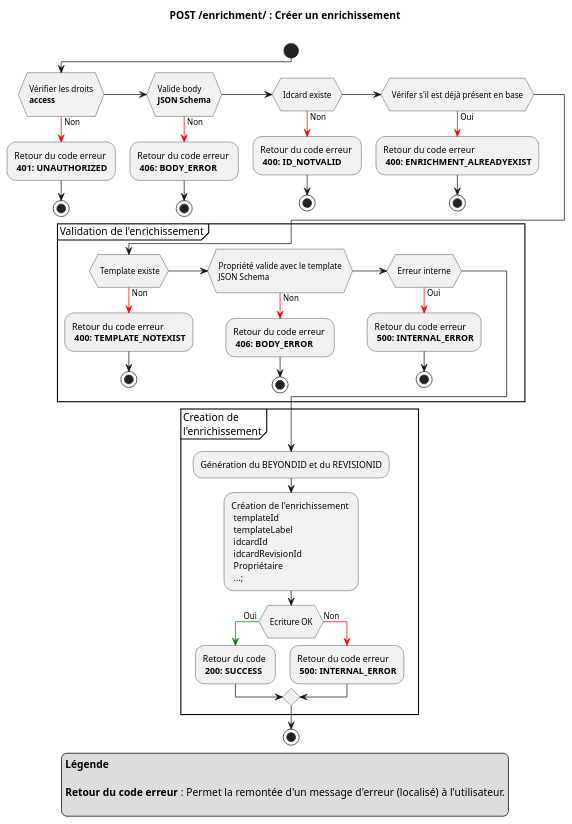
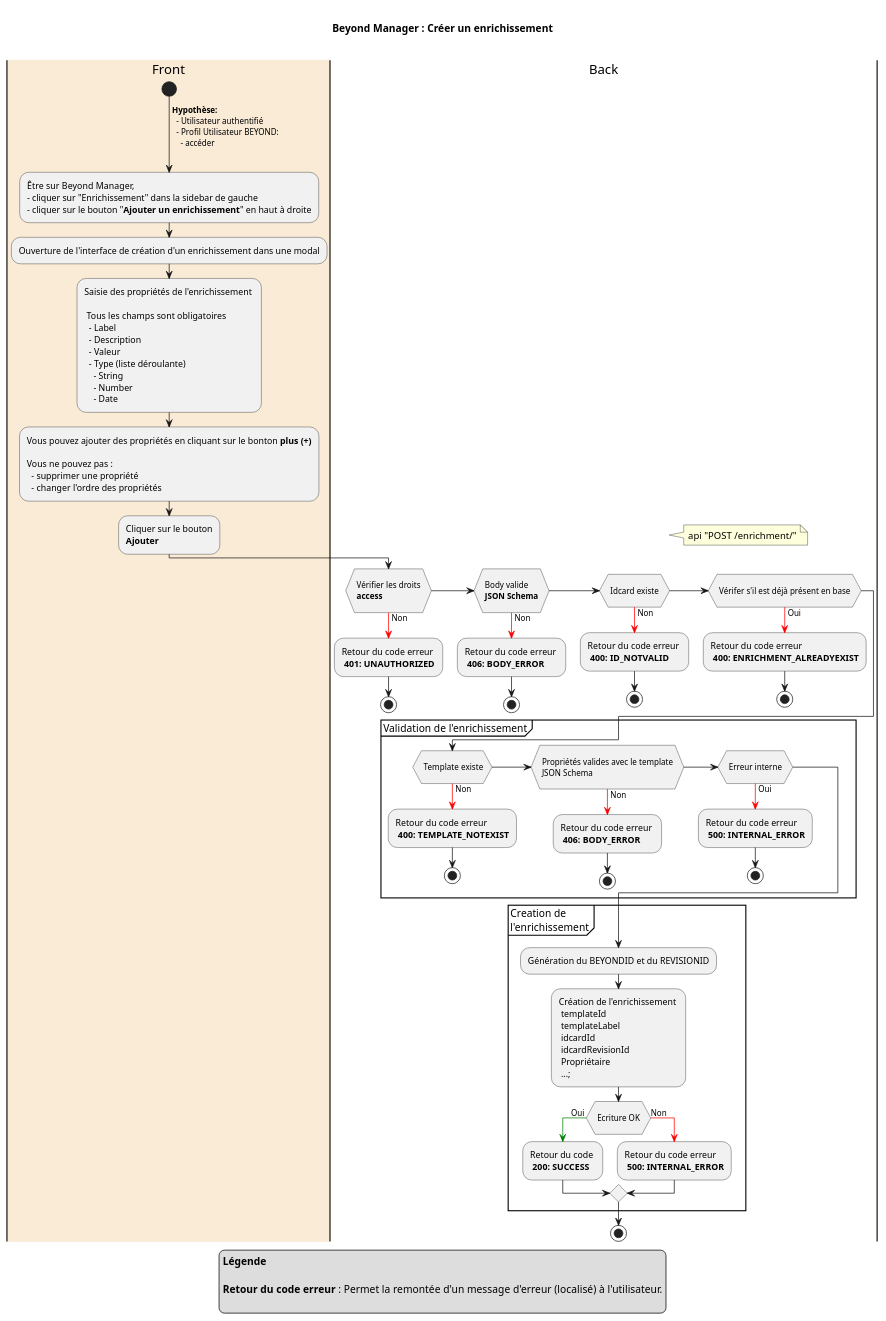
The diagram in 01.byd-DataFactory/1.ArchitectureDossier/images/enrichment_create.puml (cogirep/documentation), drawn with PlantUML before and after one commit. The commit also changed 22 other files, not shown here.

Commit message:
doc: activity diagram idcard and enrichment

```diff
--- a/01.byd-DataFactory/1.ArchitectureDossier/images/enrichment_create.puml
+++ b/01.byd-DataFactory/1.ArchitectureDossier/images/enrichment_create.puml
@@ -1,68 +1,82 @@
-@startuml
+@startuml enrichment_create
 
 title
-POST **/enrichment/** : Créer un enrichissement
+
+Beyond Manager : Créer un enrichissement
 
 end title
 
+|#AntiqueWhite| Front |
 start
+->  **Hypothèse:** \n  - Utilisateur authentifié \n  - Profil Utilisateur BEYOND:  \n    - accéder \n;
+
+-Être sur Beyond Manager, \n- cliquer sur "Enrichissement" dans la sidebar de gauche\n- cliquer sur le bouton "**Ajouter un enrichissement**" en haut à droite
+-Ouverture de l'interface de création d'un enrichissement dans une modal
+-Saisie des propriétés de l'enrichissement \n \n Tous les champs sont obligatoires\n  - Label\n  - Description\n  - Valeur\n  - Type (liste déroulante)\n    - String\n    - Number\n    - Date
+-Vous pouvez ajouter des propriétés en cliquant sur le bonton **plus (+)**\n \nVous ne pouvez pas : \n  - supprimer une propriété\n  - changer l'ordre des propriétés
+-Cliquer sur le bouton\n**Ajouter**
+
+| Back |
+note right
+  api "POST /enrichment/"
+end note
 if ( \n Vérifier les droits \n **access** \n)
 -[#red]-> Non ;
 -Retour du code erreur \n **401: UNAUTHORIZED**
 stop
 
-elseif ( \n Valide body \n **JSON Schema** \n )
+elseif ( \n Body valide \n **JSON Schema** \n )
 -[#red]-> Non ;
 -Retour du code erreur \n **406: BODY_ERROR**
 stop
 
 elseif ( \n Idcard existe \n )
 -[#red]-> Non ;
 -Retour du code erreur \n **400: ID_NOTVALID**
 stop
 
 elseif ( \n Vérifer s'il est déjà présent en base \n )
 -[#red]-> Oui ;
 -Retour du code erreur \n **400: ENRICHMENT_ALREADYEXIST**
 stop
 endif
 
 partition "Validation de l'enrichissement" {
     if ( \n Template existe\n )
     -[#red]-> Non ;
     -Retour du code erreur \n **400: TEMPLATE_NOTEXIST**
     stop
 
-    elseif ( \n Propriété valide avec le template \n JSON Schema \n )
+    elseif ( \n Propriétés valides avec le template \n JSON Schema \n )
     -[#red]-> Non ;
     -Retour du code erreur \n **406: BODY_ERROR**
     stop
 
     elseif ( \n Erreur interne \n )
     -[#red]-> Oui ;
     -Retour du code erreur \n **500: INTERNAL_ERROR**
     stop
     endif
 }
 
 partition "Creation de \nl'enrichissement" {
     -Génération du BEYONDID et du REVISIONID
     -Création de l'enrichissement \n templateId \n templateLabel \n idcardId \n idcardRevisionId \n Propriétaire \n ...;
     if ( \n Ecriture OK \n )
     -[#green]-> Oui ;
     -Retour du code \n **200: SUCCESS**
     else
     -[#red]-> Non ;
     -Retour du code erreur \n **500: INTERNAL_ERROR**
     endif
 }
 stop
 
 legend 
 **Légende**
 
 **Retour du code erreur** : Permet la remontée d'un message d'erreur (localisé) à l'utilisateur.
 
 endlegend
 
 @enduml
```
